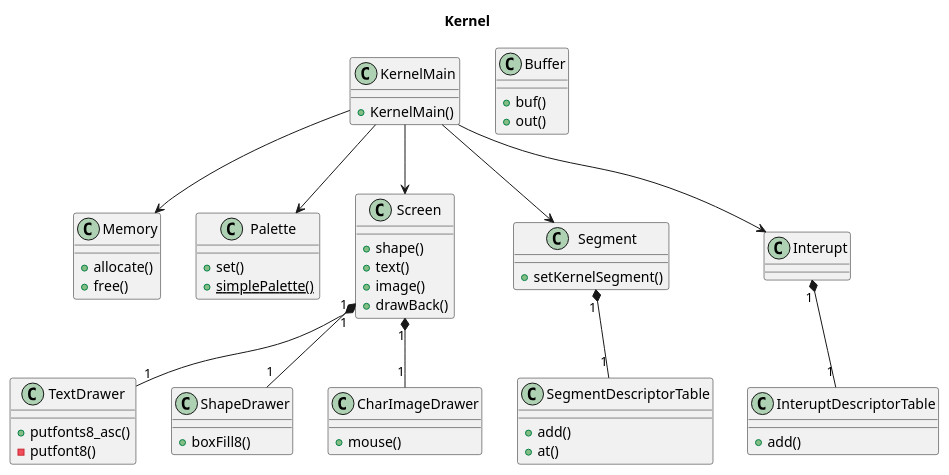
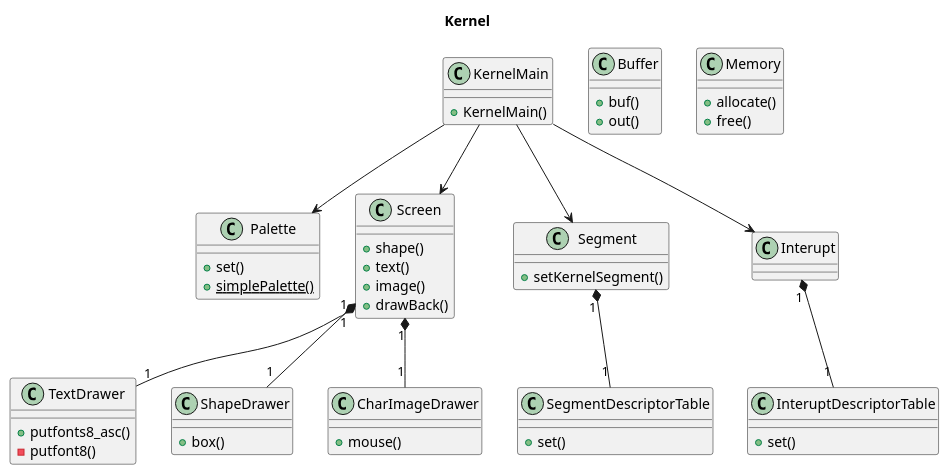
One commit to takowasaby/kaOS changed the diagram in doc/diagrams/src/overview.wsd. Above: the diagram before and after it, drawn with PlantUML. The commit also changed 5 other files, not shown here.

Commit message:
add KernelMain

```diff
--- a/doc/diagrams/src/overview.wsd
+++ b/doc/diagrams/src/overview.wsd
@@ -1,71 +1,69 @@
 @startuml
 
 title Kernel
 
 class KernelMain {
     +KernelMain()
 }
 
 class Buffer {
     +buf()
     +out()
 }
 
 class Memory {
     +allocate()
     +free()
 }
 
 class Palette {
     +set()
     {static}+simplePalette()
 }
 
 class Screen {
     +shape()
     +text()
     +image()
     +drawBack()
 }
 
 class TextDrawer {
     +putfonts8_asc()
     -putfont8()
 }
 
 class ShapeDrawer {
-    +boxFill8()
+    +box()
 }
 
 class CharImageDrawer {
     +mouse()
 }
 
 class Segment {
     +setKernelSegment()
 }
 
 class SegmentDescriptorTable {
-    +add()
-    +at()
+    +set()
 }
 
 class Interupt {
 }
 
 class InteruptDescriptorTable {
-    +add()
+    +set()
 }
 
 KernelMain --> Screen
-KernelMain --> Memory
 KernelMain --> Palette
 KernelMain --> Segment
 KernelMain --> Interupt
 Screen "1" *-- "1" TextDrawer
 Screen "1" *-- "1" ShapeDrawer
 Screen "1" *-- "1" CharImageDrawer
 Segment "1" *-- "1" SegmentDescriptorTable
 Interupt "1" *-- "1" InteruptDescriptorTable
 
 @enduml
```
